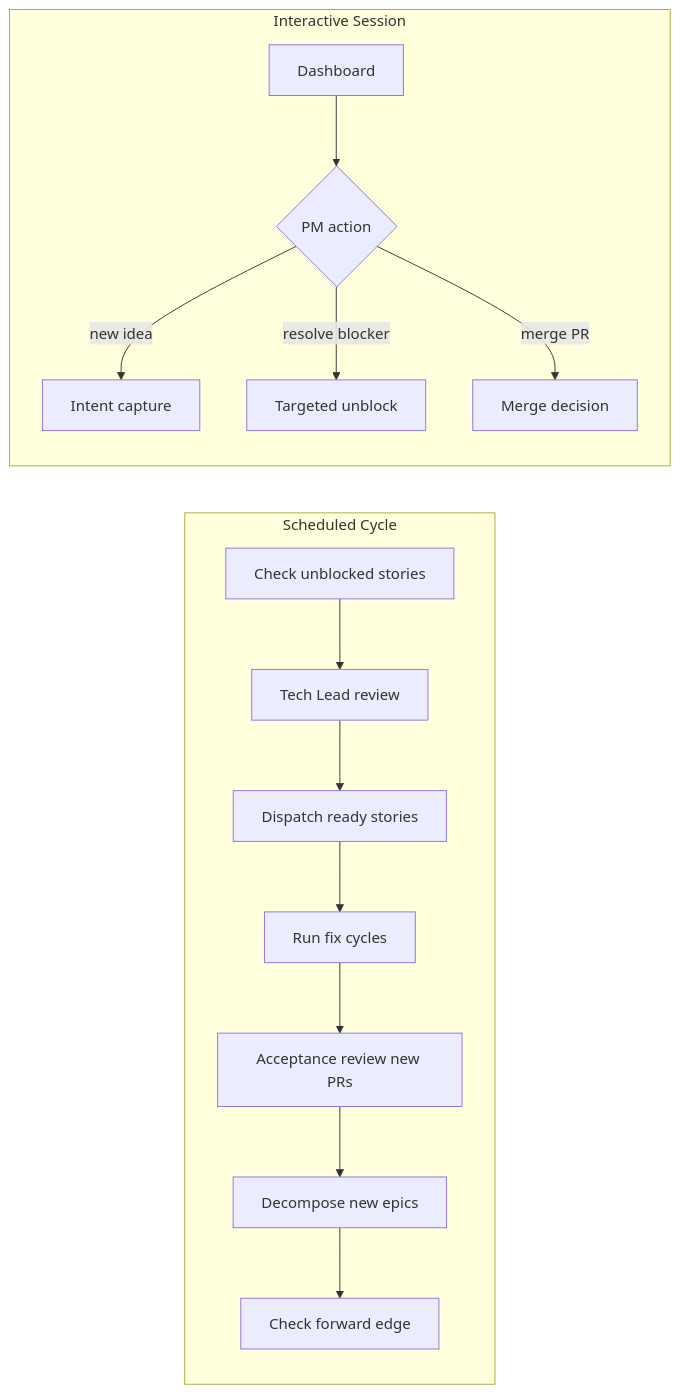
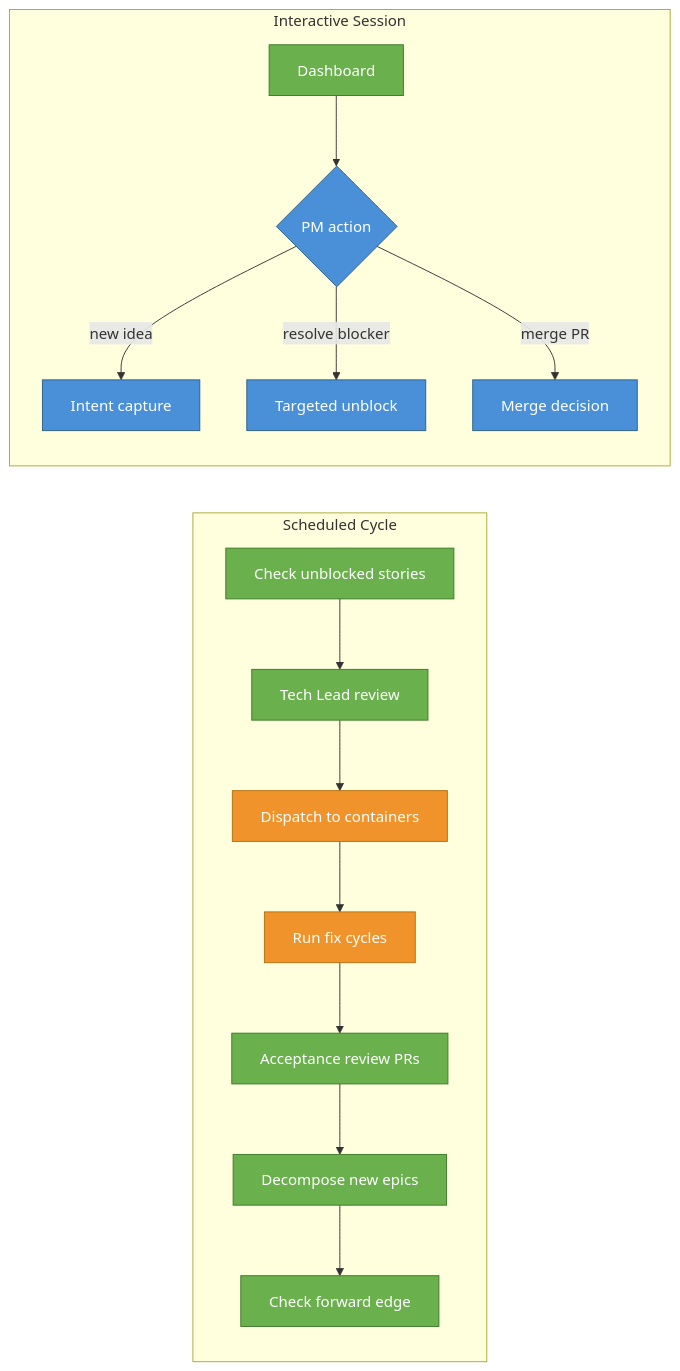
The third of 3 diagrams in docs/development/autonomous-dev-team.md (cfg-is/cfgms), drawn with Mermaid before and after one commit. The commit also changed other lines of this file, not shown here.

Commit message:
docs: color-code mermaid diagrams by actor type
Blue = human operator, green = agent subagent, orange = containerized
agent. Applied to both pipeline flow and orchestration diagrams with
legend.

````diff
--- a/docs/development/autonomous-dev-team.md
+++ b/docs/development/autonomous-dev-team.md
@@ -124,18 +130,22 @@
 ```mermaid
 flowchart LR
     subgraph Scheduled Cycle
-        S1[Check unblocked stories] --> S2[Tech Lead review]
-        S2 --> S3[Dispatch ready stories]
-        S3 --> S4[Run fix cycles]
-        S4 --> S5[Acceptance review new PRs]
-        S5 --> S6[Decompose new epics]
-        S6 --> S7[Check forward edge]
+        S1[Check unblocked stories]:::agent --> S2[Tech Lead review]:::agent
+        S2 --> S3[Dispatch to containers]:::container
+        S3 --> S4[Run fix cycles]:::container
+        S4 --> S5[Acceptance review PRs]:::agent
+        S5 --> S6[Decompose new epics]:::agent
+        S6 --> S7[Check forward edge]:::agent
     end
 
     subgraph Interactive Session
-        I1[Dashboard] --> I2{PM action}
-        I2 -->|new idea| I3[Intent capture]
-        I2 -->|resolve blocker| I4[Targeted unblock]
-        I2 -->|merge PR| I5[Merge decision]
+        I1[Dashboard]:::agent --> I2{PM action}:::human
+        I2 -->|new idea| I3[Intent capture]:::human
+        I2 -->|resolve blocker| I4[Targeted unblock]:::human
+        I2 -->|merge PR| I5[Merge decision]:::human
     end
+
+    classDef human fill:#4a90d9,stroke:#2c5f8a,color:#fff
+    classDef agent fill:#6ab04c,stroke:#3e7a2a,color:#fff
+    classDef container fill:#f0932b,stroke:#b5700f,color:#fff
 ```
````
